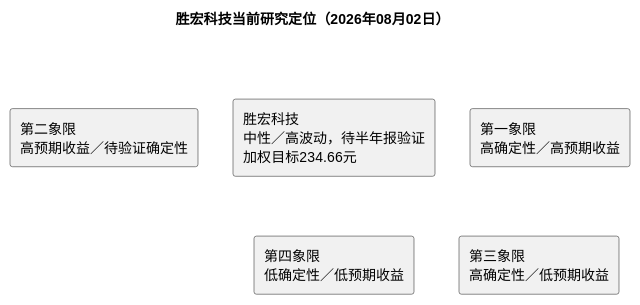
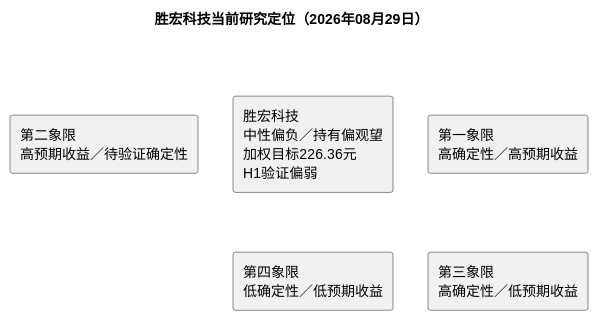
One commit to hrzzzrh/QuantPyLab changed the diagram in investigation/equities/胜宏科技/reports/研报章节八：投资摘要与风险因素.md. Above: the diagram before and after it, drawn with PlantUML. The commit also changed other lines of this file and 358 other files, not shown here.

````diff
--- a/investigation/equities/胜宏科技/reports/研报章节八：投资摘要与风险因素.md
+++ b/investigation/equities/胜宏科技/reports/研报章节八：投资摘要与风险因素.md
@@ -93,15 +89,15 @@
 ```plantuml
 @startuml
-title 胜宏科技当前研究定位（2026年08月02日）
+title 胜宏科技当前研究定位（2026年08月29日）
 rectangle "第二象限\n高预期收益／待验证确定性" as Q2
 rectangle "第一象限\n高确定性／高预期收益" as Q1
 rectangle "第四象限\n低确定性／低预期收益" as Q4
 rectangle "第三象限\n高确定性／低预期收益" as Q3
-rectangle "胜宏科技\n中性／高波动，待半年报验证\n加权目标234.66元" as VGT
+rectangle "胜宏科技\n中性偏负／持有偏观望\n加权目标226.36元\nH1验证偏弱" as VGT
 Q2 -[hidden]right- Q1
 Q4 -[hidden]right- Q3
 Q2 -[hidden]down- Q4
 Q1 -[hidden]down- Q3
 VGT -[hidden]down- Q4
 @enduml
 ```
````
